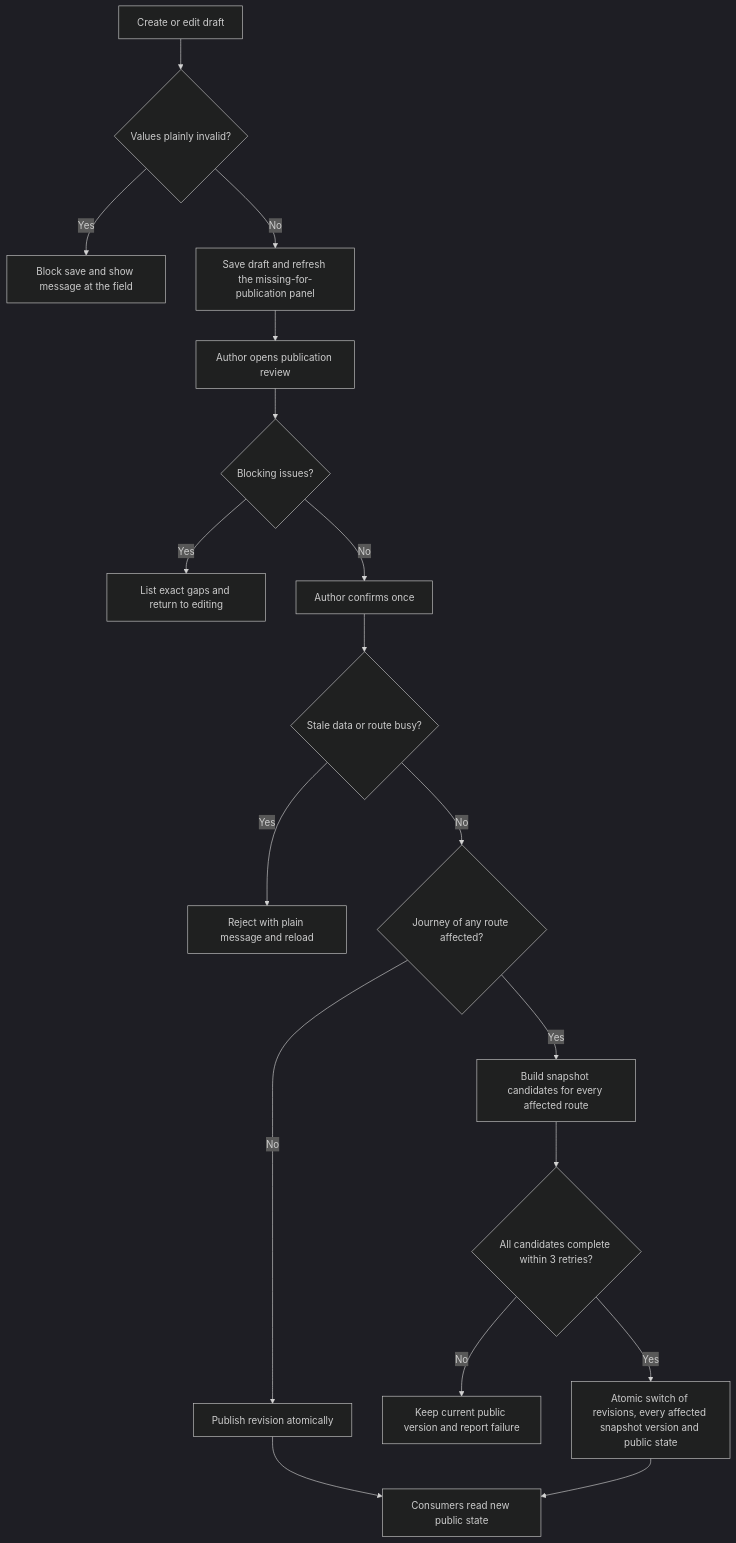
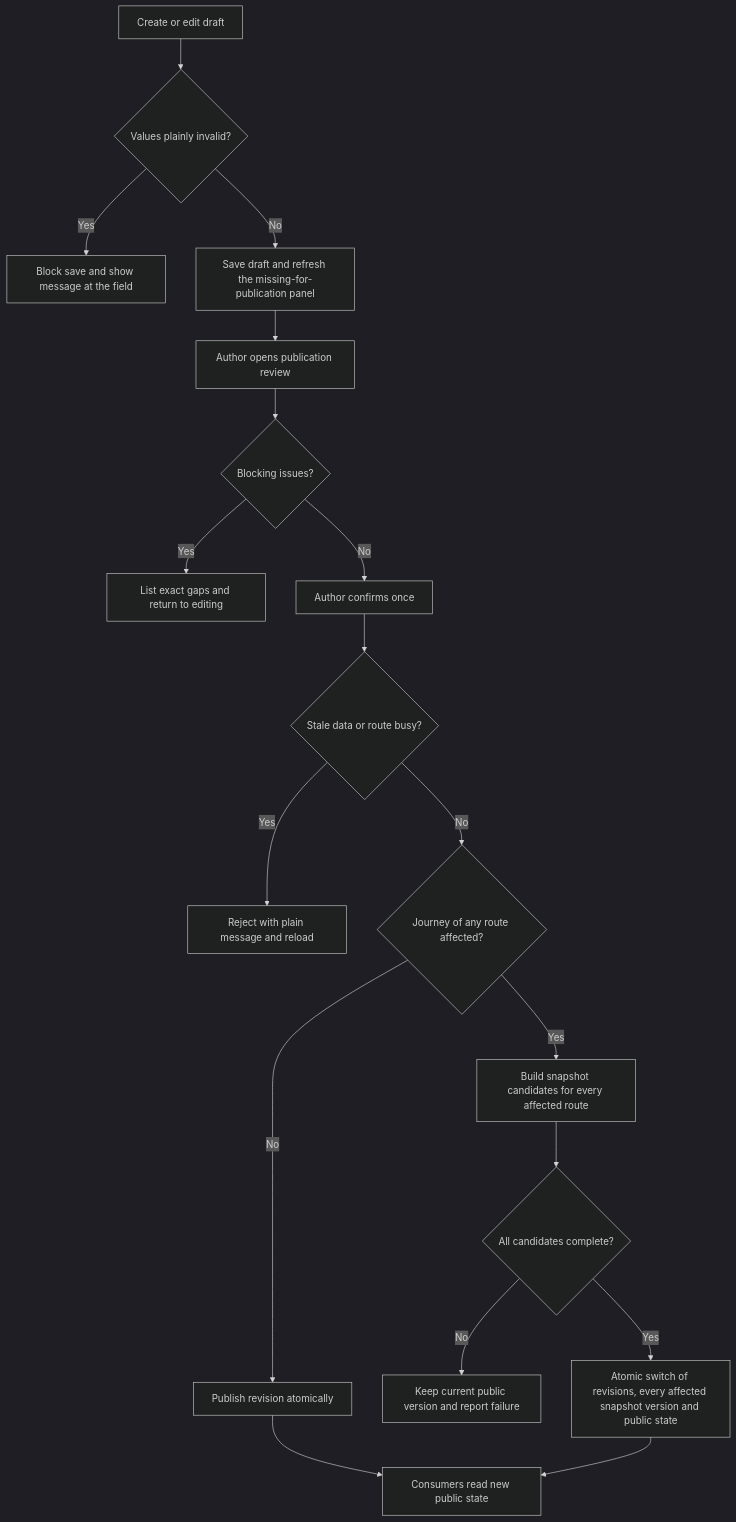
One commit to MckhueVanPhuc/Refactor-Cuc-Phuong changed the first of 7 diagrams in docs/spec/spec-M03.md. Above: the diagram before and after it, drawn with Mermaid (dark theme). The commit also changed other lines of this file and 10 other files, not shown here.

````diff
--- a/docs/spec/spec-M03.md
+++ b/docs/spec/spec-M03.md
@@ -190,20 +190,20 @@
 ```mermaid
 flowchart TD
     A[Create or edit draft] --> B{Values plainly invalid?}
     B -->|Yes| C[Block save and show message at the field]
     B -->|No| D[Save draft and refresh the missing-for-publication panel]
     D --> E[Author opens publication review]
     E --> F{Blocking issues?}
     F -->|Yes| G[List exact gaps and return to editing]
     F -->|No| H[Author confirms once]
     H --> I{Stale data or route busy?}
     I -->|Yes| J[Reject with plain message and reload]
     I -->|No| K{Journey of any route affected?}
     K -->|No| L[Publish revision atomically]
     K -->|Yes| M[Build snapshot candidates for every affected route]
-    M --> N{All candidates complete within 3 retries?}
+    M --> N{All candidates complete?}
     N -->|No| O[Keep current public version and report failure]
     N -->|Yes| P[Atomic switch of revisions, every affected snapshot version and public state]
     L --> Q[Consumers read new public state]
     P --> Q
 ```
````
